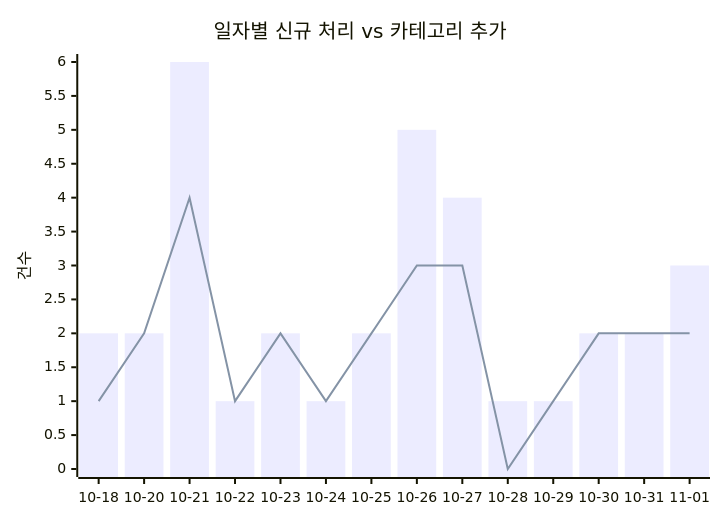
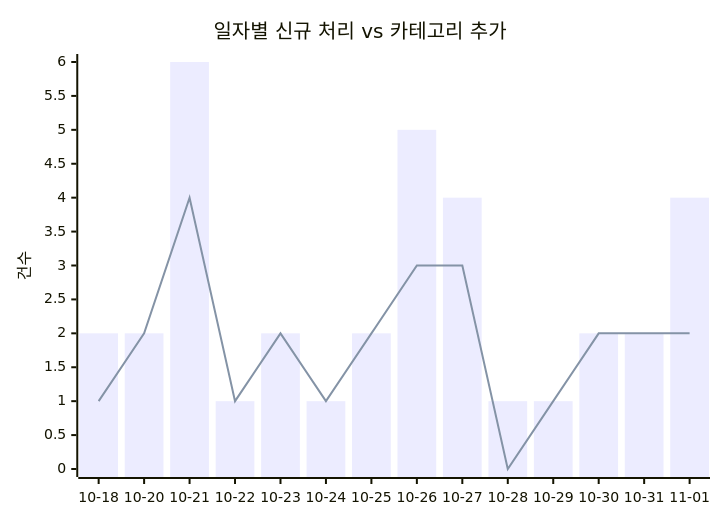
The first of 2 diagrams in docs/trends.md (J-nowcow/awesome-korean-agent-skills), drawn with Mermaid before and after one commit. The commit also changed other lines of this file and 2 other files, not shown here.

````diff
--- a/docs/trends.md
+++ b/docs/trends.md
@@ -32,8 +32,8 @@
 ```mermaid
 xychart-beta
     title "일자별 신규 처리 vs 카테고리 추가"
     x-axis ["10-18","10-20","10-21","10-22","10-23","10-24","10-25","10-26","10-27","10-28","10-29","10-30","10-31","11-01"]
     y-axis "건수"
-    bar [2,2,6,1,2,1,2,5,4,1,1,2,2,3]
+    bar [2,2,6,1,2,1,2,5,4,1,1,2,2,4]
     line [1,2,4,1,2,1,2,3,3,0,1,2,2,2]
 ```
````
